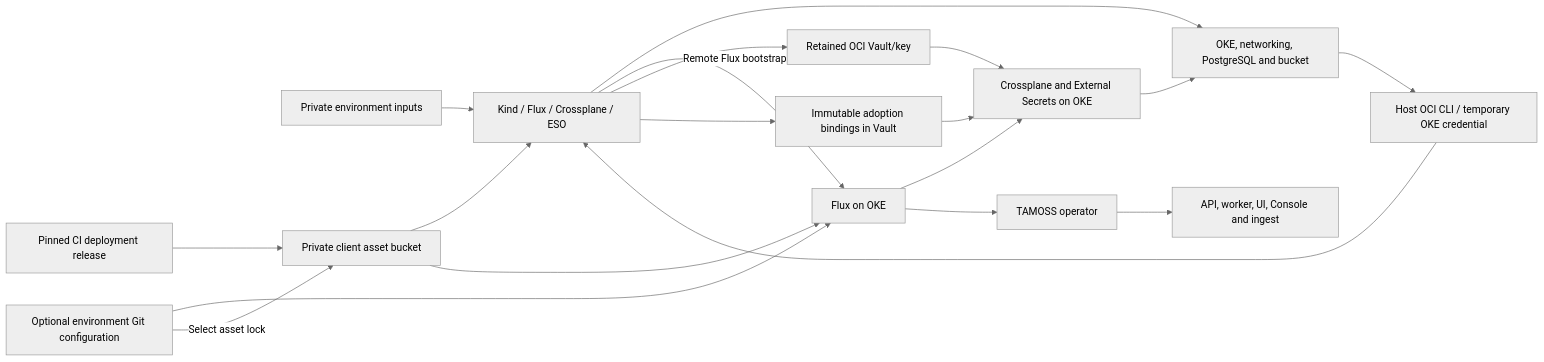
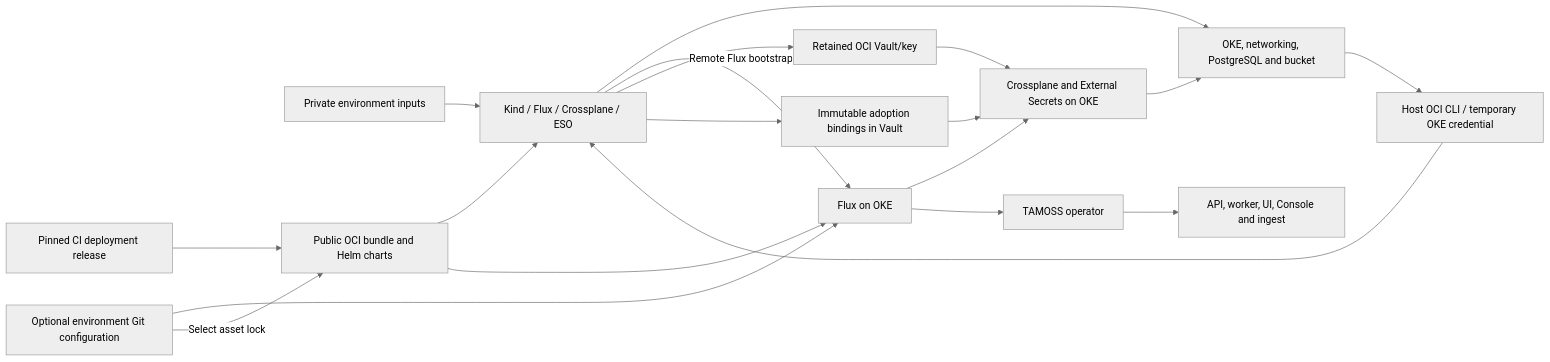
Before and after one commit to livewyer-ops/tamoss-cp-oci: the diagram in docs/architecture.md, drawn with Mermaid (neutral theme). The commit also changed other lines of this file and 124 other files, not shown here.

First line of the commit message:
feat!: simplify fresh deployments with public OCI assets

````diff
--- a/docs/architecture.md
+++ b/docs/architecture.md
@@ -59,22 +58,22 @@
 ```mermaid
 flowchart LR
     Inputs[Private environment inputs] --> Kind[Kind / Flux / Crossplane / ESO]
     Kind --> OCI[OKE, networking, PostgreSQL and bucket]
     Host[Host OCI CLI / temporary OKE credential] --> Kind
     Kind -->|Remote Flux bootstrap| Flux
     OCI --> Host
     Kind --> Vault[Retained OCI Vault/key]
     Git[Optional environment Git configuration]
     Kind --> Bindings[Immutable adoption bindings in Vault]
     Git --> Flux[Flux on OKE]
-    Checkout[Pinned CI deployment release] --> Store[Private client asset bucket]
+    Checkout[Pinned CI deployment release] --> Store[Public OCI bundle and Helm charts]
     Store --> Kind
     Store --> Flux
     Git -->|Select asset lock| Store
     Flux --> Runtime[Crossplane and External Secrets on OKE]
     Runtime --> OCI
     Vault --> Runtime
     Bindings --> Runtime
     Flux --> Operator[TAMOSS operator]
     Operator --> App[API, worker, UI, Console and ingest]
 ```
````
